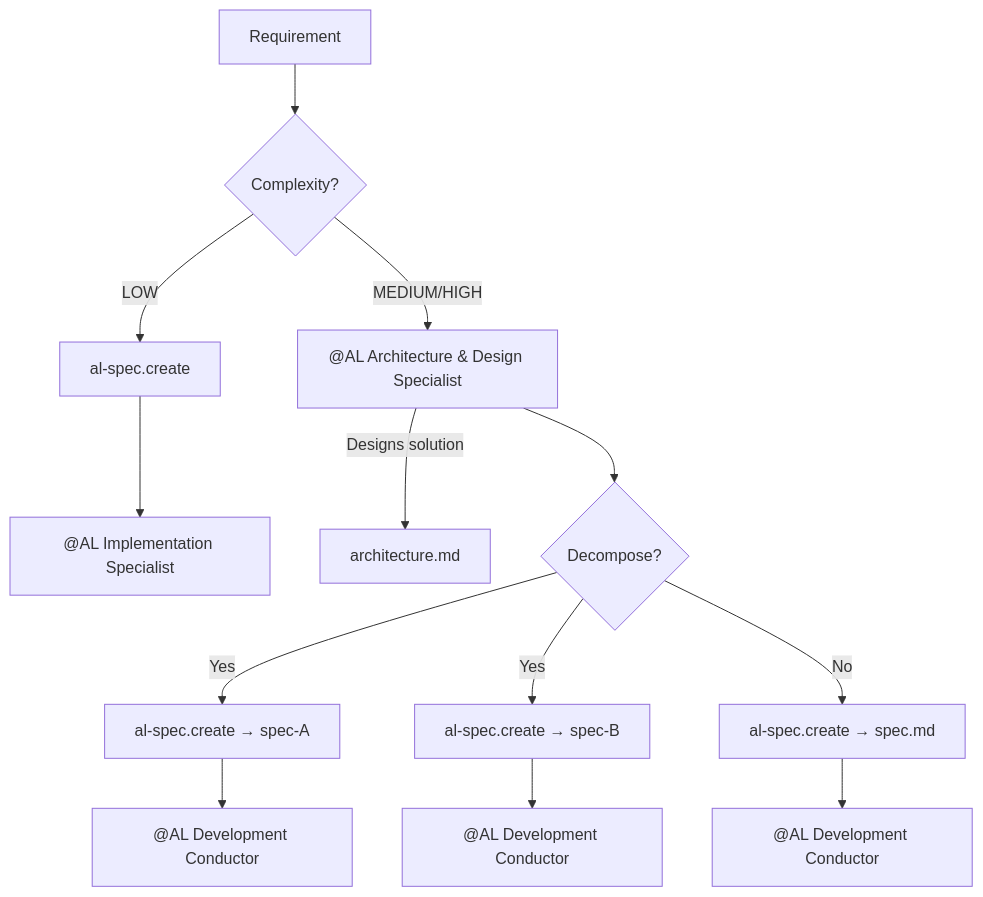
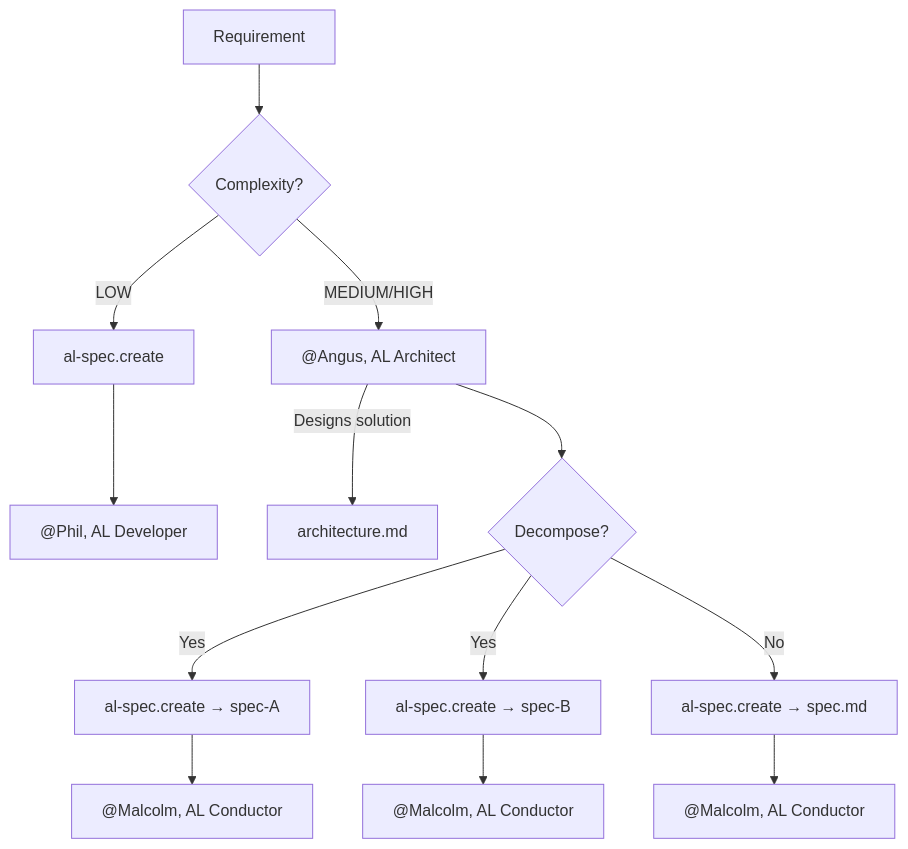
The first of 3 diagrams in .github/README.md (Louage/frw-agentic-coding), drawn with Mermaid before and after one commit. The commit also changed other lines of this file and 59 other files, not shown here.

````diff
--- a/.github/README.md
+++ b/.github/README.md
@@ -123,16 +123,16 @@
 ```mermaid
 flowchart TD
     REQ[Requirement] --> CLASSIFY{Complexity?}
     CLASSIFY -->|LOW| SPEC_LOW[al-spec.create]
-    SPEC_LOW --> DEV["@AL Implementation Specialist"]
+    SPEC_LOW --> DEV["@Phil, AL Developer"]
 
-    CLASSIFY -->|MEDIUM/HIGH| ARCH["@AL Architecture & Design Specialist"]
+    CLASSIFY -->|MEDIUM/HIGH| ARCH["@Angus, AL Architect"]
     ARCH -->|Designs solution| ARCH_DOC[architecture.md]
     ARCH --> DECOMPOSE{Decompose?}
     DECOMPOSE -->|Yes| SPEC_A[al-spec.create → spec-A]
     DECOMPOSE -->|Yes| SPEC_B[al-spec.create → spec-B]
     DECOMPOSE -->|No| SPEC_SINGLE[al-spec.create → spec.md]
-    SPEC_A --> COND_A["@AL Development Conductor"]
-    SPEC_B --> COND_B["@AL Development Conductor"]
-    SPEC_SINGLE --> COND["@AL Development Conductor"]
+    SPEC_A --> COND_A["@Malcolm, AL Conductor"]
+    SPEC_B --> COND_B["@Malcolm, AL Conductor"]
+    SPEC_SINGLE --> COND["@Malcolm, AL Conductor"]
 ```
````
